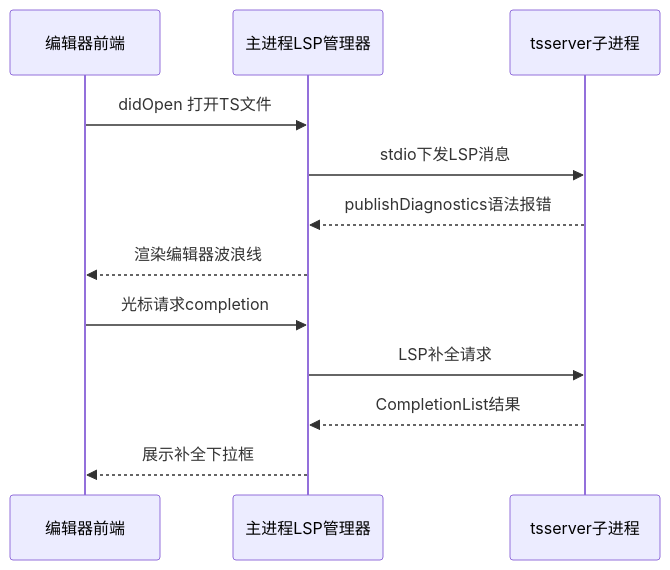
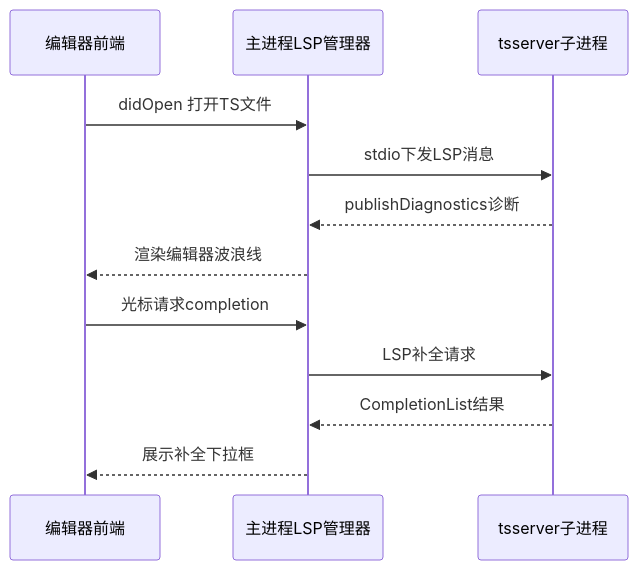
Before and after one commit to chongyin10/ideaCode: the fifth of 8 diagrams in README.md, drawn with Mermaid. The commit also changed other lines of this file, not shown here.

````diff
--- a/README.md
+++ b/README.md
@@ -231,14 +231,14 @@
 ```mermaid
 sequenceDiagram
     participant UI as 编辑器前端
     participant Main as 主进程LSP管理器
     participant TS as tsserver子进程
     UI->>Main: didOpen 打开TS文件
     Main->>TS: stdio下发LSP消息
-    TS-->>Main: publishDiagnostics语法报错
+    TS-->>Main: publishDiagnostics诊断
     Main-->>UI: 渲染编辑器波浪线
     UI->>Main: 光标请求completion
     Main->>TS: LSP补全请求
     TS-->>Main: CompletionList结果
     Main-->>UI: 展示补全下拉框
 ```
````
